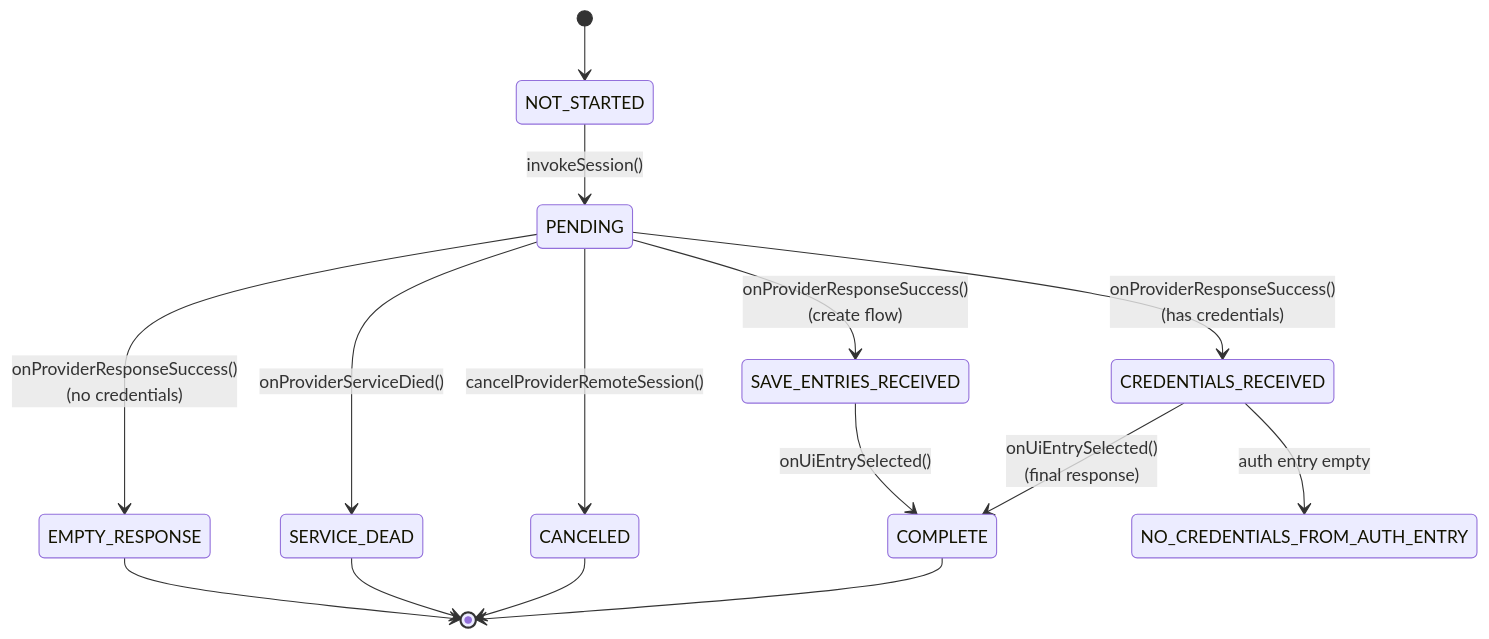
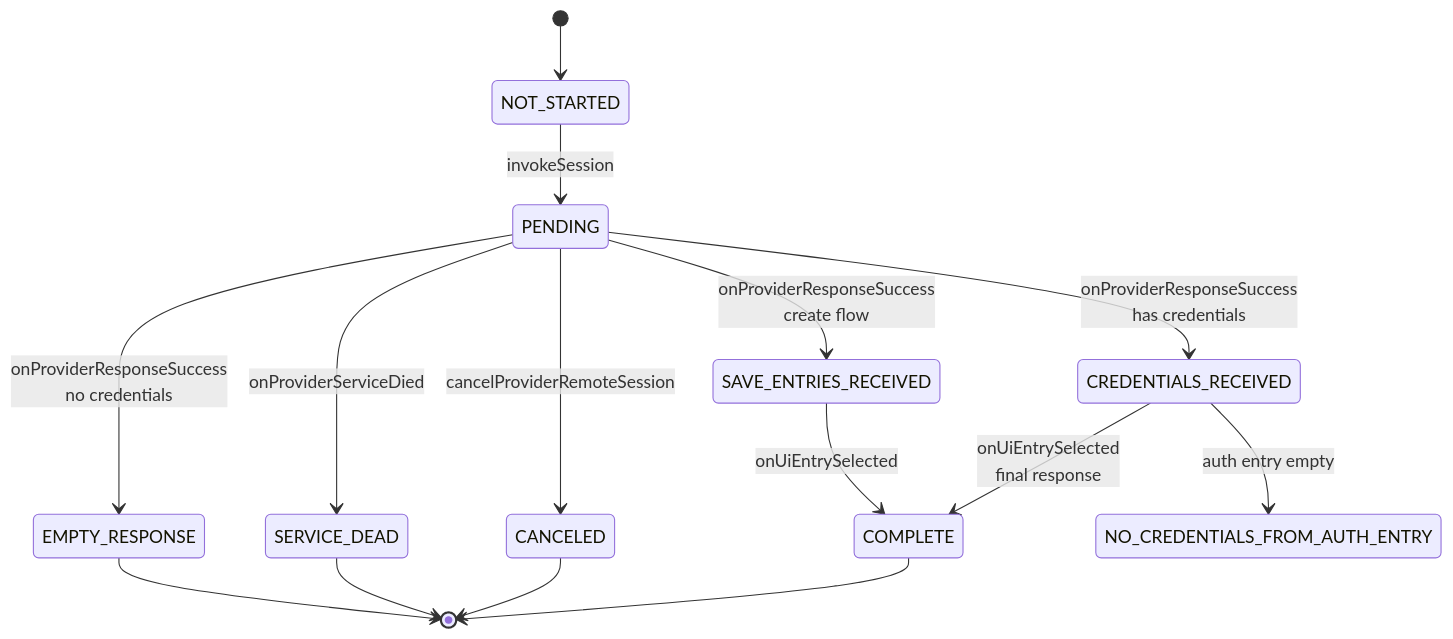
Before and after one commit to fwrite0920/aosp-internal-book: the tenth of 19 diagrams in 41-credential-manager.md, drawn with Mermaid. The commit also changed 21 other files, not shown here.

First line of the commit message:
Fix Mermaid diagrams and formatting in Parts IX-XV and Appendix A (chapters 40-63)

````diff
--- a/41-credential-manager.md
+++ b/41-credential-manager.md
@@ -746,19 +746,19 @@
 ```mermaid
 stateDiagram-v2
     [*] --> NOT_STARTED
-    NOT_STARTED --> PENDING : invokeSession()
-    PENDING --> CREDENTIALS_RECEIVED : onProviderResponseSuccess()<br/>(has credentials)
-    PENDING --> SAVE_ENTRIES_RECEIVED : onProviderResponseSuccess()<br/>(create flow)
-    PENDING --> EMPTY_RESPONSE : onProviderResponseSuccess()<br/>(no credentials)
-    PENDING --> CANCELED : cancelProviderRemoteSession()
-    PENDING --> SERVICE_DEAD : onProviderServiceDied()
+    NOT_STARTED --> PENDING : invokeSession
+    PENDING --> CREDENTIALS_RECEIVED : onProviderResponseSuccess<br/>has credentials
+    PENDING --> SAVE_ENTRIES_RECEIVED : onProviderResponseSuccess<br/>create flow
+    PENDING --> EMPTY_RESPONSE : onProviderResponseSuccess<br/>no credentials
+    PENDING --> CANCELED : cancelProviderRemoteSession
+    PENDING --> SERVICE_DEAD : onProviderServiceDied
 
-    CREDENTIALS_RECEIVED --> COMPLETE : onUiEntrySelected()<br/>(final response)
+    CREDENTIALS_RECEIVED --> COMPLETE : onUiEntrySelected<br/>final response
     CREDENTIALS_RECEIVED --> NO_CREDENTIALS_FROM_AUTH_ENTRY : auth entry empty
-    SAVE_ENTRIES_RECEIVED --> COMPLETE : onUiEntrySelected()
+    SAVE_ENTRIES_RECEIVED --> COMPLETE : onUiEntrySelected
 
     COMPLETE --> [*]
     CANCELED --> [*]
     SERVICE_DEAD --> [*]
     EMPTY_RESPONSE --> [*]
 ```
````
